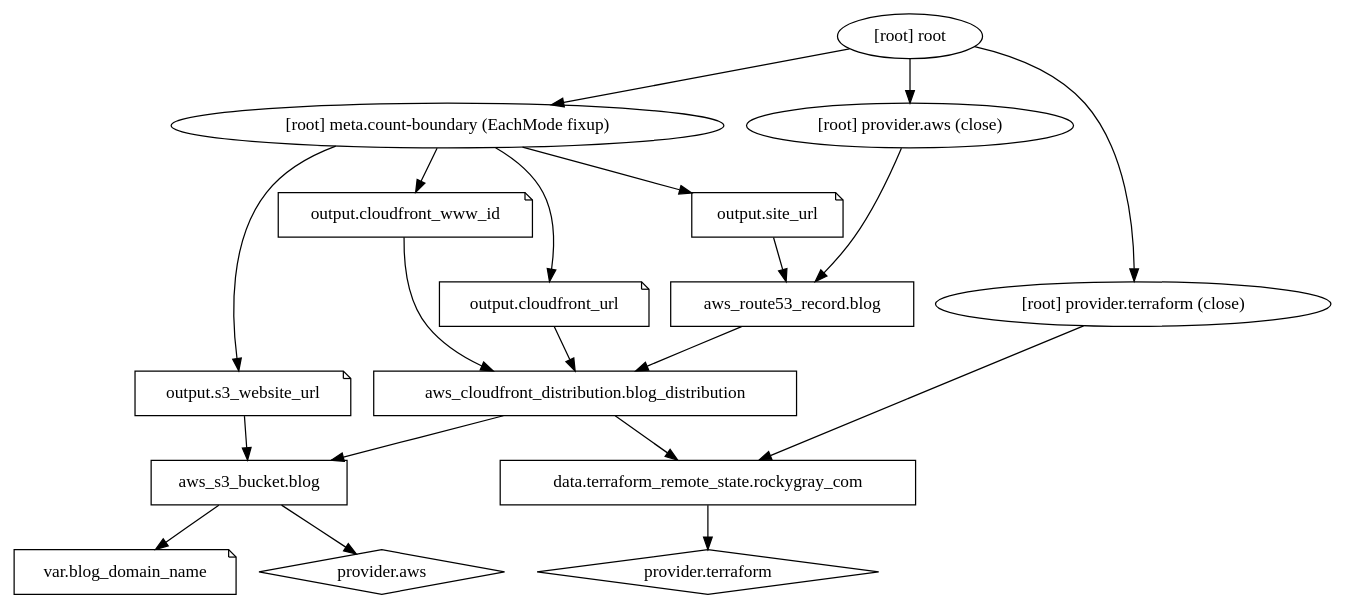
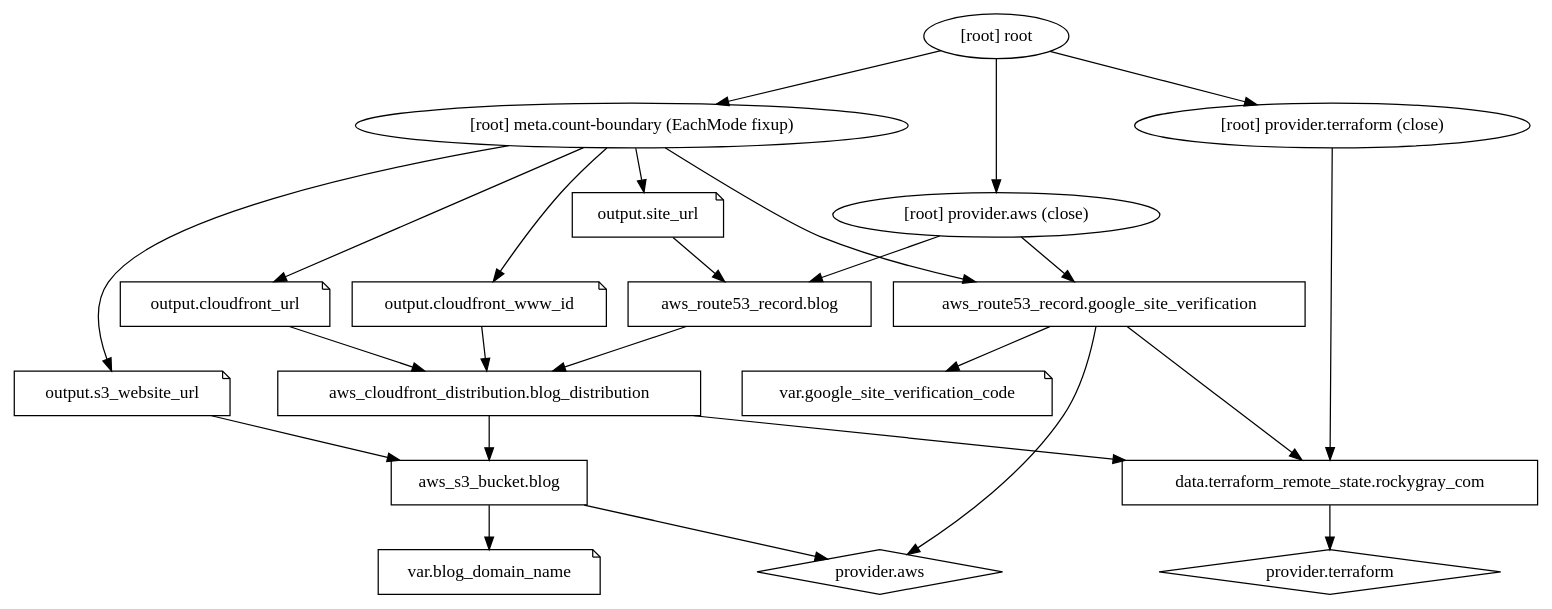
One commit to grocky/infrastructure changed the diagram in websites/blog.rockygray.com/infrastructure/graph.dot. Above: the diagram before and after it, drawn with Graphviz. The commit also changed 2 other files, not shown here.

Commit message:
add google site verification
https://search.google.com/search-console/welcome
    curl --silent http://www.google.com/ping?sitemap=

```diff
--- a/websites/blog.rockygray.com/infrastructure/graph.dot
+++ b/websites/blog.rockygray.com/infrastructure/graph.dot
@@ -1,36 +1,43 @@
 digraph {
 	compound = "true"
 	newrank = "true"
 	subgraph "root" {
 		"[root] aws_cloudfront_distribution.blog_distribution" [label = "aws_cloudfront_distribution.blog_distribution", shape = "box"]
 		"[root] aws_route53_record.blog" [label = "aws_route53_record.blog", shape = "box"]
+		"[root] aws_route53_record.google_site_verification" [label = "aws_route53_record.google_site_verification", shape = "box"]
 		"[root] aws_s3_bucket.blog" [label = "aws_s3_bucket.blog", shape = "box"]
 		"[root] data.terraform_remote_state.rockygray_com" [label = "data.terraform_remote_state.rockygray_com", shape = "box"]
 		"[root] output.cloudfront_url" [label = "output.cloudfront_url", shape = "note"]
 		"[root] output.cloudfront_www_id" [label = "output.cloudfront_www_id", shape = "note"]
 		"[root] output.s3_website_url" [label = "output.s3_website_url", shape = "note"]
 		"[root] output.site_url" [label = "output.site_url", shape = "note"]
 		"[root] provider.aws" [label = "provider.aws", shape = "diamond"]
 		"[root] provider.terraform" [label = "provider.terraform", shape = "diamond"]
 		"[root] var.blog_domain_name" [label = "var.blog_domain_name", shape = "note"]
+		"[root] var.google_site_verification_code" [label = "var.google_site_verification_code", shape = "note"]
 		"[root] aws_cloudfront_distribution.blog_distribution" -> "[root] aws_s3_bucket.blog"
 		"[root] aws_cloudfront_distribution.blog_distribution" -> "[root] data.terraform_remote_state.rockygray_com"
 		"[root] aws_route53_record.blog" -> "[root] aws_cloudfront_distribution.blog_distribution"
+		"[root] aws_route53_record.google_site_verification" -> "[root] data.terraform_remote_state.rockygray_com"
+		"[root] aws_route53_record.google_site_verification" -> "[root] provider.aws"
+		"[root] aws_route53_record.google_site_verification" -> "[root] var.google_site_verification_code"
 		"[root] aws_s3_bucket.blog" -> "[root] provider.aws"
 		"[root] aws_s3_bucket.blog" -> "[root] var.blog_domain_name"
 		"[root] data.terraform_remote_state.rockygray_com" -> "[root] provider.terraform"
+		"[root] meta.count-boundary (EachMode fixup)" -> "[root] aws_route53_record.google_site_verification"
 		"[root] meta.count-boundary (EachMode fixup)" -> "[root] output.cloudfront_url"
 		"[root] meta.count-boundary (EachMode fixup)" -> "[root] output.cloudfront_www_id"
 		"[root] meta.count-boundary (EachMode fixup)" -> "[root] output.s3_website_url"
 		"[root] meta.count-boundary (EachMode fixup)" -> "[root] output.site_url"
 		"[root] output.cloudfront_url" -> "[root] aws_cloudfront_distribution.blog_distribution"
 		"[root] output.cloudfront_www_id" -> "[root] aws_cloudfront_distribution.blog_distribution"
 		"[root] output.s3_website_url" -> "[root] aws_s3_bucket.blog"
 		"[root] output.site_url" -> "[root] aws_route53_record.blog"
 		"[root] provider.aws (close)" -> "[root] aws_route53_record.blog"
+		"[root] provider.aws (close)" -> "[root] aws_route53_record.google_site_verification"
 		"[root] provider.terraform (close)" -> "[root] data.terraform_remote_state.rockygray_com"
 		"[root] root" -> "[root] meta.count-boundary (EachMode fixup)"
 		"[root] root" -> "[root] provider.aws (close)"
 		"[root] root" -> "[root] provider.terraform (close)"
 	}
 }
```
